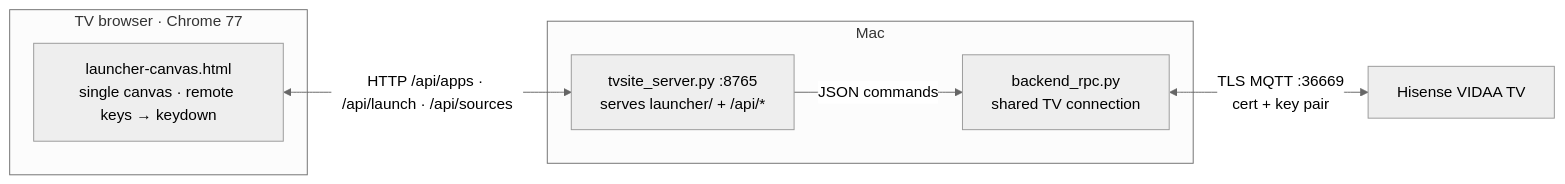
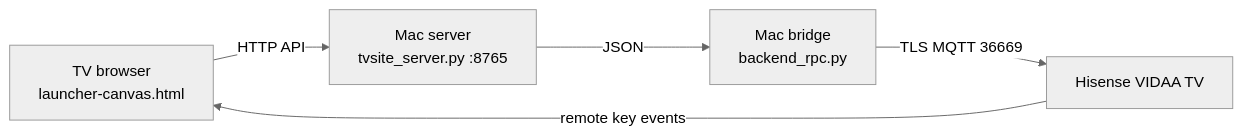
One commit to Zfinix/vidaa-launcher changed the first of 3 diagrams in README.md. Above: the diagram before and after it, drawn with Mermaid (neutral theme). The commit also changed other lines of this file, not shown here.

Commit message:
docs: fix mermaid charts so they render on github

````diff
--- a/README.md
+++ b/README.md
@@ -26,14 +26,7 @@
 ```mermaid
 flowchart LR
-    subgraph TV["TV browser · Chrome 77"]
-        L["launcher-canvas.html<br/>single canvas · remote keys → keydown"]
-    end
-    subgraph Mac
-        S["tvsite_server.py :8765<br/>serves launcher/ + /api/*"]
-        R["backend_rpc.py<br/>shared TV connection"]
-    end
-    H["Hisense VIDAA TV"]
-    L <-->|"HTTP /api/apps · /api/launch · /api/sources"| S
-    S -->|"JSON commands"| R
-    R <-->|"TLS MQTT :36669<br/>cert + key pair"| H
+    A["TV browser<br/>launcher-canvas.html"] -->|HTTP API| B["Mac server<br/>tvsite_server.py :8765"]
+    B -->|JSON| C["Mac bridge<br/>backend_rpc.py"]
+    C -->|TLS MQTT 36669| D["Hisense VIDAA TV"]
+    D -->|remote key events| A
 ```
````
